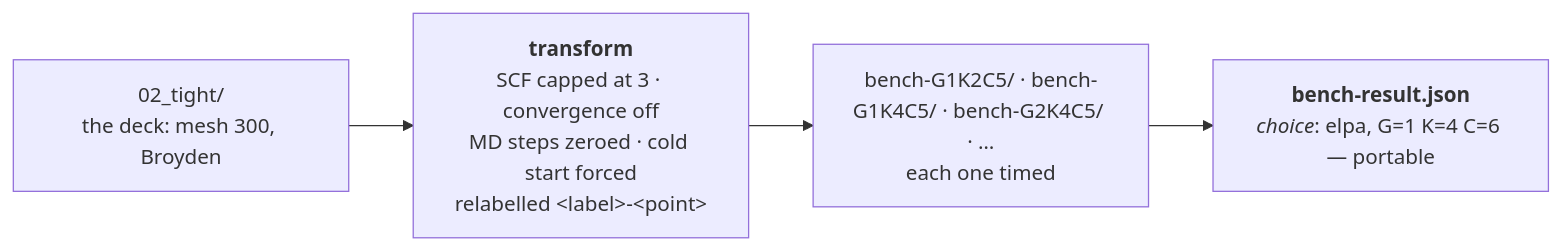
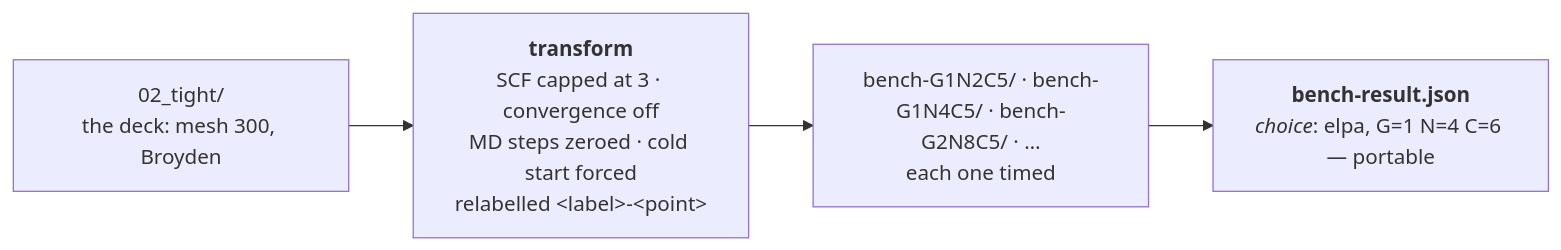
Before and after one commit to Qing-LAB/molbuilder: the second of 4 diagrams in docs/execution/worked-example.md, drawn with Mermaid. The commit also changed other lines of this file and 35 other files, not shown here.

````diff
--- a/docs/execution/worked-example.md
+++ b/docs/execution/worked-example.md
@@ -187,6 +187,6 @@
 ```mermaid
 flowchart LR
     T["02_tight/<br/>the deck: mesh 300, Broyden"] --> X["<b>transform</b><br/>SCF capped at 3 · convergence off<br/>MD steps zeroed · cold start forced<br/>relabelled &lt;label&gt;-&lt;point&gt;"]
-    X --> P["bench-G1K2C5/ · bench-G1K4C5/ · bench-G2K4C5/ · …<br/>each one timed"]
-    P --> W["<b>bench-result.json</b><br/><i>choice</i>: elpa, G=1 K=4 C=6 — portable"]
+    X --> P["bench-G1N2C5/ · bench-G1N4C5/ · bench-G2N8C5/ · …<br/>each one timed"]
+    P --> W["<b>bench-result.json</b><br/><i>choice</i>: elpa, G=1 N=4 C=6 — portable"]
 ```
````
